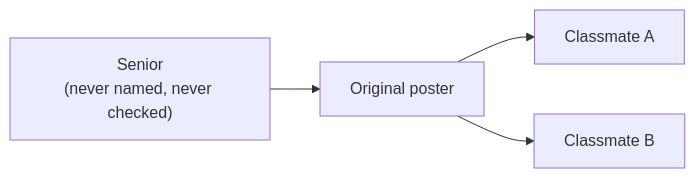
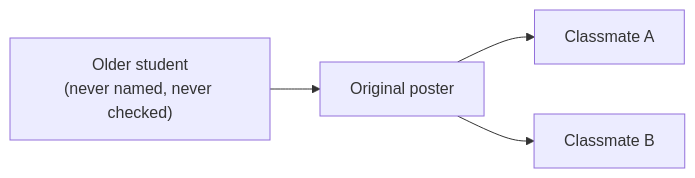
Before and after one commit to francoandreDev/knowledge: the first of 3 diagrams in src/content/learning-craft/source-evaluation/L2-concept.mdx, drawn with Mermaid. The commit also changed other lines of this file and 3 other files, not shown here.

````diff
--- a/src/content/learning-craft/source-evaluation/L2-concept.mdx
+++ b/src/content/learning-craft/source-evaluation/L2-concept.mdx
@@ -22,6 +28,6 @@
 ```mermaid
 flowchart LR
-    Origin["Senior\n(never named, never checked)"] --> Poster["Original poster"]
+    Origin["Older student\n(never named, never checked)"] --> Poster["Original poster"]
     Poster --> A["Classmate A"]
     Poster --> B["Classmate B"]
 ```
````
